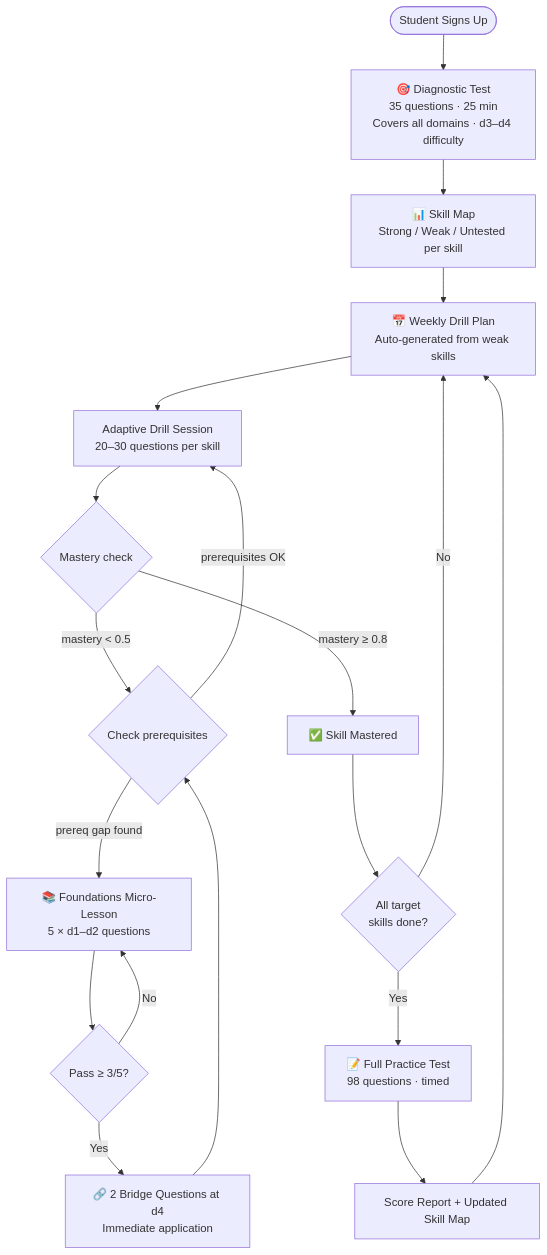
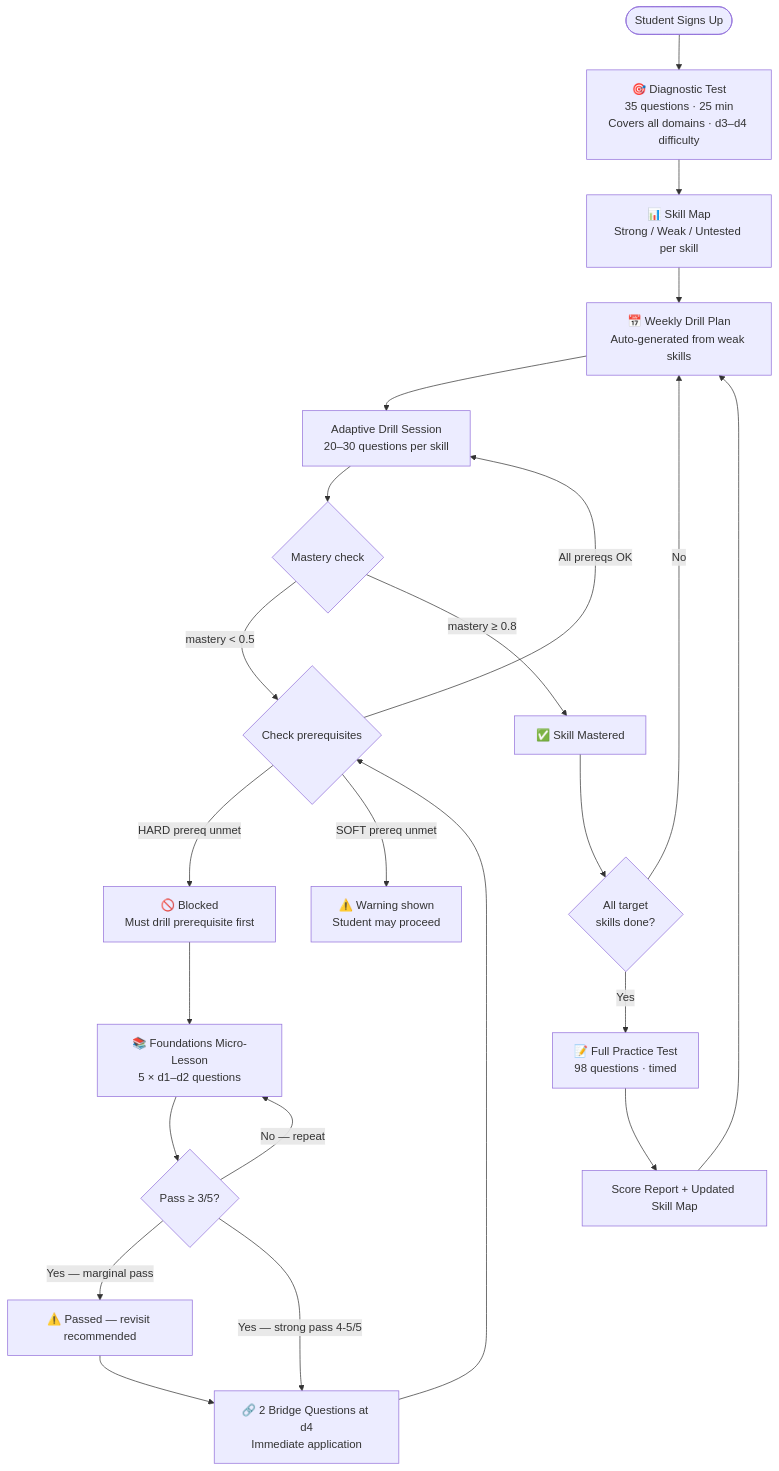
Before and after one commit to gopalvramana/sat-engine: the first of 2 diagrams in docs/14-adaptive-engine.md, drawn with Mermaid. The commit also changed other lines of this file and 1 other file, not shown here.

````diff
--- a/docs/14-adaptive-engine.md
+++ b/docs/14-adaptive-engine.md
@@ -19,26 +19,30 @@
 ```mermaid
 flowchart TD
     A([Student Signs Up]) --> B
 
     B["🎯 Diagnostic Test\n35 questions · 25 min\nCovers all domains · d3–d4 difficulty"]
     B --> C["📊 Skill Map\nStrong / Weak / Untested per skill"]
     C --> D["📅 Weekly Drill Plan\nAuto-generated from weak skills"]
 
     D --> E["Adaptive Drill Session\n20–30 questions per skill"]
     E --> F{Mastery check}
 
     F -->|"mastery < 0.5"| G{Check prerequisites}
-    G -->|"prereq gap found"| H["📚 Foundations Micro-Lesson\n5 × d1–d2 questions"]
-    H --> I{Pass ≥ 3/5?}
-    I -->|No| H
-    I -->|Yes| J["🔗 2 Bridge Questions at d4\nImmediate application"]
-    J --> G
+    G -->|"HARD prereq unmet"| H["🚫 Blocked\nMust drill prerequisite first"]
+    G -->|"SOFT prereq unmet"| I["⚠️ Warning shown\nStudent may proceed"]
+    G -->|"All prereqs OK"| E
+    H --> J["📚 Foundations Micro-Lesson\n5 × d1–d2 questions"]
+    J --> K{Pass ≥ 3/5?}
+    K -->|No — repeat| J
+    K -->|Yes — marginal pass| J2["⚠️ Passed — revisit recommended"]
+    K -->|Yes — strong pass 4-5/5| L["🔗 2 Bridge Questions at d4\nImmediate application"]
+    J2 --> L
+    L --> G
 
-    G -->|"prerequisites OK"| E
-    F -->|"mastery ≥ 0.8"| K["✅ Skill Mastered"]
-    K --> L{All target\nskills done?}
-    L -->|No| D
-    L -->|Yes| M["📝 Full Practice Test\n98 questions · timed"]
-    M --> N["Score Report + Updated Skill Map"]
-    N --> D
+    F -->|"mastery ≥ 0.8"| M["✅ Skill Mastered"]
+    M --> N{All target\nskills done?}
+    N -->|No| D
+    N -->|Yes| O["📝 Full Practice Test\n98 questions · timed"]
+    O --> P["Score Report + Updated Skill Map"]
+    P --> D
 ```
````
